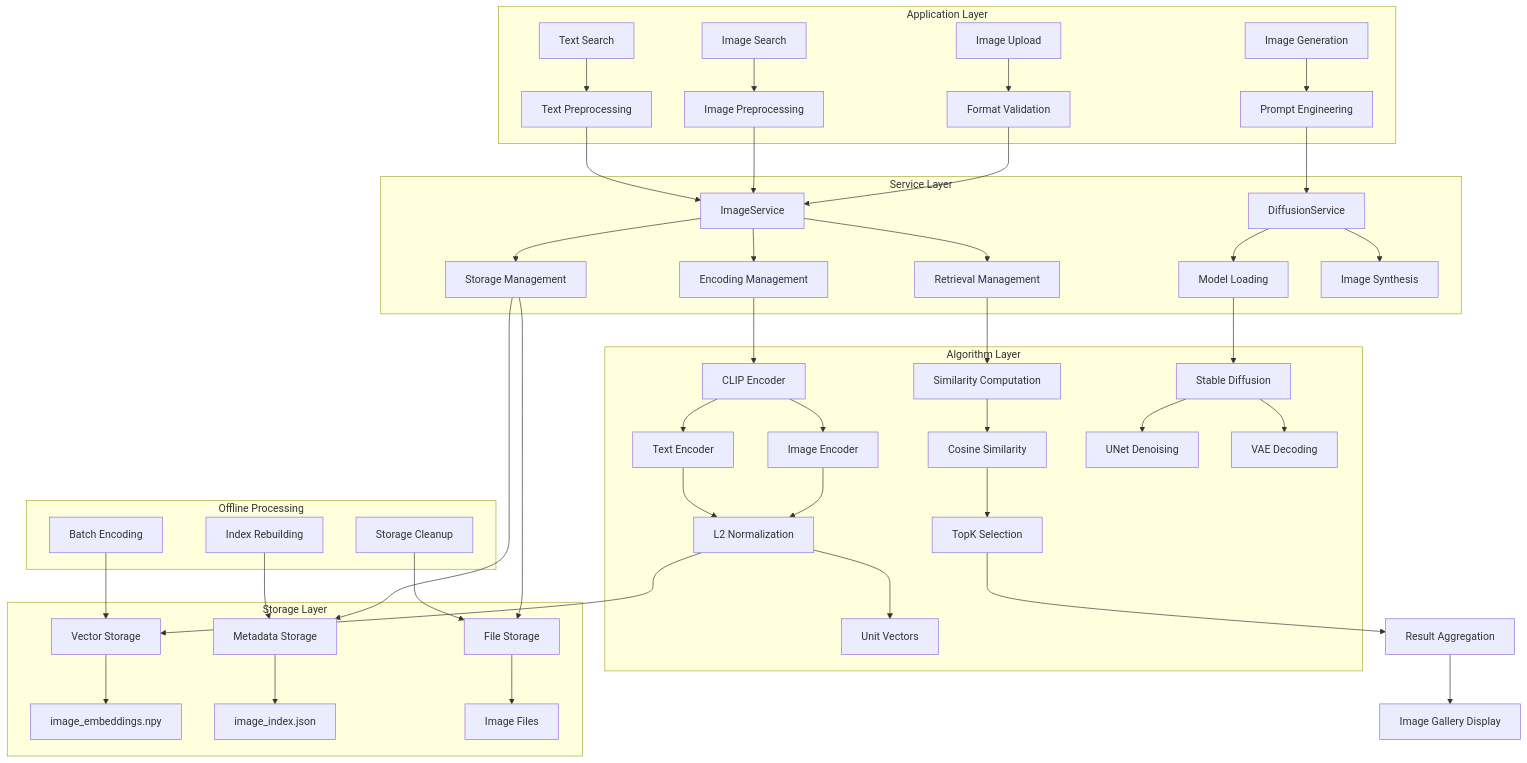
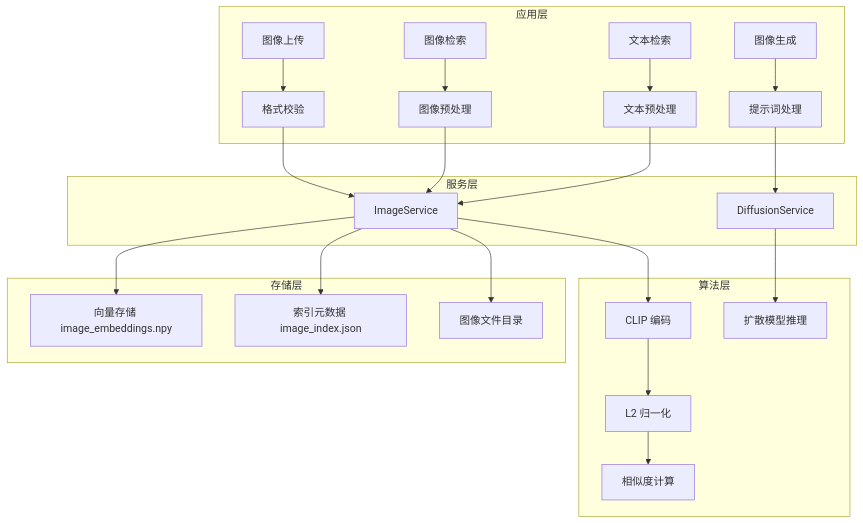
One commit to tylerelyt/test_bed changed the diagram in docs_site/docs/multimodal/index.md. Above: the diagram before and after it, drawn with Mermaid. The commit also changed other lines of this file and 15 other files, not shown here.

First line of the commit message:
feat(rag): OAG ReAct graph reasoning, streaming steps, retrieval subgraph viz

````diff
--- a/docs_site/docs/multimodal/index.md
+++ b/docs_site/docs/multimodal/index.md
@@ -56,59 +47,29 @@
 ```mermaid
 graph TB
-    subgraph "Application Layer"
-        A[Image Upload] --> A1[Format Validation]
-        B[Image Search] --> B1[Image Preprocessing]  
-        C[Text Search] --> C1[Text Preprocessing]
-        D[Image Generation] --> D1[Prompt Engineering]
+    subgraph "应用层"
+        A[图像上传] --> A1[格式校验]
+        B[图像检索] --> B1[图像预处理]
+        C[文本检索] --> C1[文本预处理]
+        D[图像生成] --> D1[提示词处理]
     end
-    
-    subgraph "Service Layer"
+
+    subgraph "服务层"
         A1 --> E[ImageService]
         B1 --> E
         C1 --> E
-        E --> E1[Encoding Management]
-        E --> E2[Storage Management] 
-        E --> E3[Retrieval Management]
-        
         D1 --> F[DiffusionService]
-        F --> F1[Model Loading]
-        F --> F2[Image Synthesis]
     end
-    
-    subgraph "Algorithm Layer"
-        E1 --> G[CLIP Encoder]
-        G --> G1[Image Encoder]
-        G --> G2[Text Encoder]
-        G1 --> H[L2 Normalization]
-        G2 --> H
-        H --> H1[Unit Vectors]
-        
-        E3 --> I[Similarity Computation]
-        I --> I1[Cosine Similarity]
-        I1 --> I2[TopK Selection]
-        
-        F1 --> J[Stable Diffusion]
-        J --> J1[UNet Denoising]
-        J --> J2[VAE Decoding]
+
+    subgraph "算法层"
+        E --> G[CLIP 编码]
+        G --> H[L2 归一化]
+        H --> I[相似度计算]
+        F --> J[扩散模型推理]
     end
-    
-    subgraph "Storage Layer"
-        H --> K[Vector Storage]
-        K --> K1[image_embeddings.npy]
-        
-        E2 --> L[Metadata Storage]
-        L --> L1[image_index.json]
-        
-        E2 --> M[File Storage]
-        M --> M1[Image Files]
-    end
-    
-    I2 --> N[Result Aggregation]
-    N --> O[Image Gallery Display]
-    
-    subgraph "Offline Processing"
-        P[Batch Encoding] --> K
-        Q[Index Rebuilding] --> L
-        R[Storage Cleanup] --> M
+
+    subgraph "存储层"
+        E --> K[向量存储 image_embeddings.npy]
+        E --> L[索引元数据 image_index.json]
+        E --> M[图像文件目录]
     end
 ```
````
